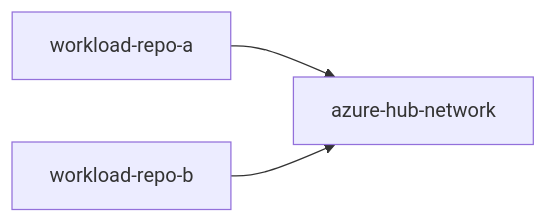
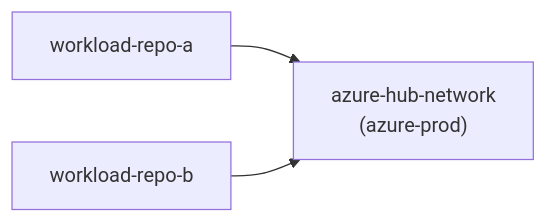
The second of 2 diagrams in presets/nimbus-code-platform-standards/templates/feature-artifacts/platform-graph.md (lrodriguesvpn/nimbus-code), drawn with Mermaid before and after one commit. The commit also changed other lines of this file and 12 other files, not shown here.

````diff
--- a/presets/nimbus-code-platform-standards/templates/feature-artifacts/platform-graph.md
+++ b/presets/nimbus-code-platform-standards/templates/feature-artifacts/platform-graph.md
@@ -38,5 +36,5 @@
 ```mermaid
 flowchart LR
-    WA["workload-repo-a"] --> AZ_HUB["azure-hub-network"]
+    WA["workload-repo-a"] --> AZ_HUB["azure-hub-network<br/>(azure-prod)"]
     WB["workload-repo-b"] --> AZ_HUB
 ```
````
